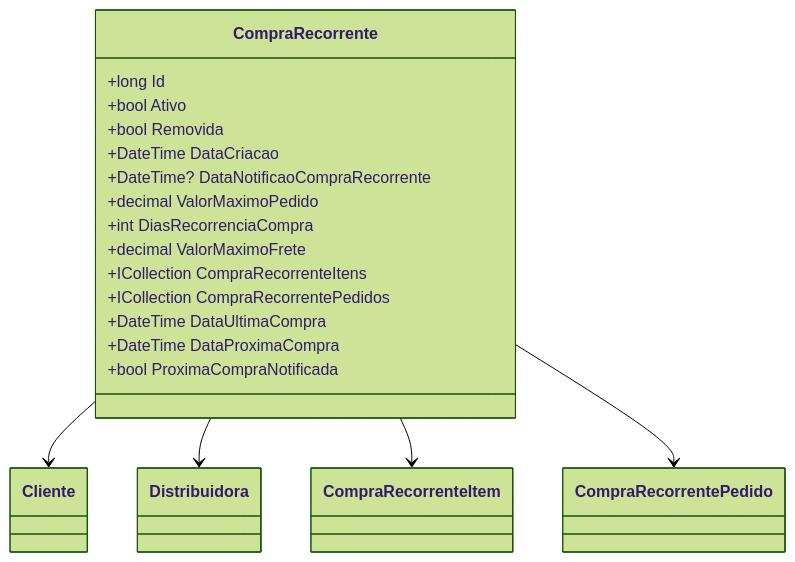
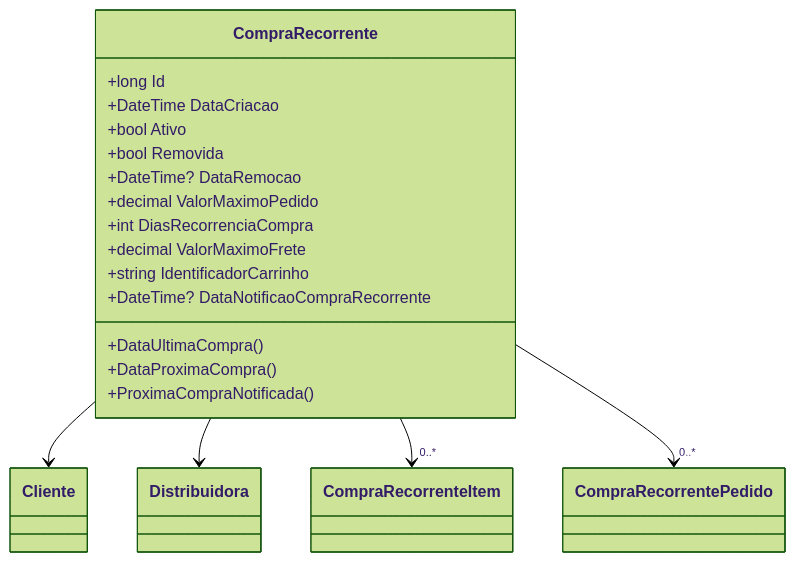
Before and after one commit to IsthmusSistemas/documentacao-tecnica: the second of 2 diagrams in docs/b2b-dominio/IsthmusWinthor.Nucleo/IsthmusWinthor.Dominio/Entidades/CompraRecorrente.md, drawn with Mermaid (forest theme). The commit also changed other lines of this file and 882 other files, not shown here.

````diff
--- a/docs/b2b-dominio/IsthmusWinthor.Nucleo/IsthmusWinthor.Dominio/Entidades/CompraRecorrente.md
+++ b/docs/b2b-dominio/IsthmusWinthor.Nucleo/IsthmusWinthor.Dominio/Entidades/CompraRecorrente.md
@@ -58,22 +52,35 @@
 ```mermaid
 classDiagram
     class CompraRecorrente {
         +long Id
+        +DateTime DataCriacao
         +bool Ativo
         +bool Removida
-        +DateTime DataCriacao
-        +DateTime? DataNotificaoCompraRecorrente
+        +DateTime? DataRemocao
         +decimal ValorMaximoPedido
         +int DiasRecorrenciaCompra
         +decimal ValorMaximoFrete
-        +ICollection<CompraRecorrenteItem> CompraRecorrenteItens
-        +ICollection<CompraRecorrentePedido> CompraRecorrentePedidos
-        +DateTime DataUltimaCompra
-        +DateTime DataProximaCompra
-        +bool ProximaCompraNotificada
+        +string IdentificadorCarrinho
+        +DateTime? DataNotificaoCompraRecorrente
+        +DataUltimaCompra()
+        +DataProximaCompra()
+        +ProximaCompraNotificada()
     }
+    
+    class Cliente {
+    }
+    
+    class Distribuidora {
+    }
+    
+    class CompraRecorrenteItem {
+    }
+    
+    class CompraRecorrentePedido {
+    }
+
     CompraRecorrente --> Cliente
     CompraRecorrente --> Distribuidora
-    CompraRecorrente --> CompraRecorrenteItem
-    CompraRecorrente --> CompraRecorrentePedido
+    CompraRecorrente --> "0..*" CompraRecorrenteItem
+    CompraRecorrente --> "0..*" CompraRecorrentePedido
 ```
````
